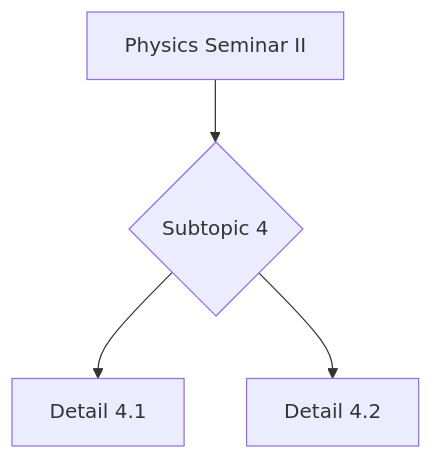
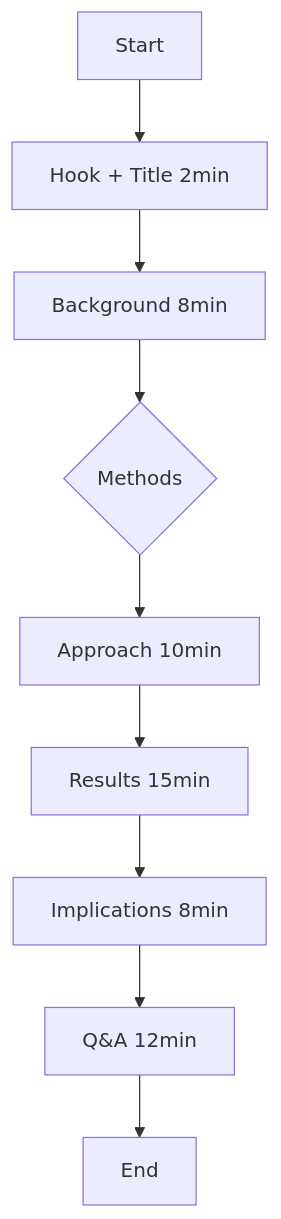
One commit to yip-lgtm/PhysicsSelfStudy changed the second of 5 diagrams in 01_BSc_Physics/electives/PHYS_4080_Physics_Seminar_II/README.md. Above: the diagram before and after it, drawn with Mermaid. The commit also changed other lines of this file and 21 other files, not shown here.

````diff
--- a/01_BSc_Physics/electives/PHYS_4080_Physics_Seminar_II/README.md
+++ b/01_BSc_Physics/electives/PHYS_4080_Physics_Seminar_II/README.md
@@ -283,6 +227,11 @@
 ```mermaid
 graph TD
-    A[Physics Seminar II] --> B{Subtopic 4}
-    B --> C[Detail 4.1]
-    B --> D[Detail 4.2]
+    A[Start] --> B[Hook + Title 2min]
+    B --> C[Background 8min]
+    C --> D{Methods}
+    D --> E[Approach 10min]
+    E --> F[Results 15min]
+    F --> G[Implications 8min]
+    G --> H[Q&A 12min]
+    H --> I[End]
 ```
````
